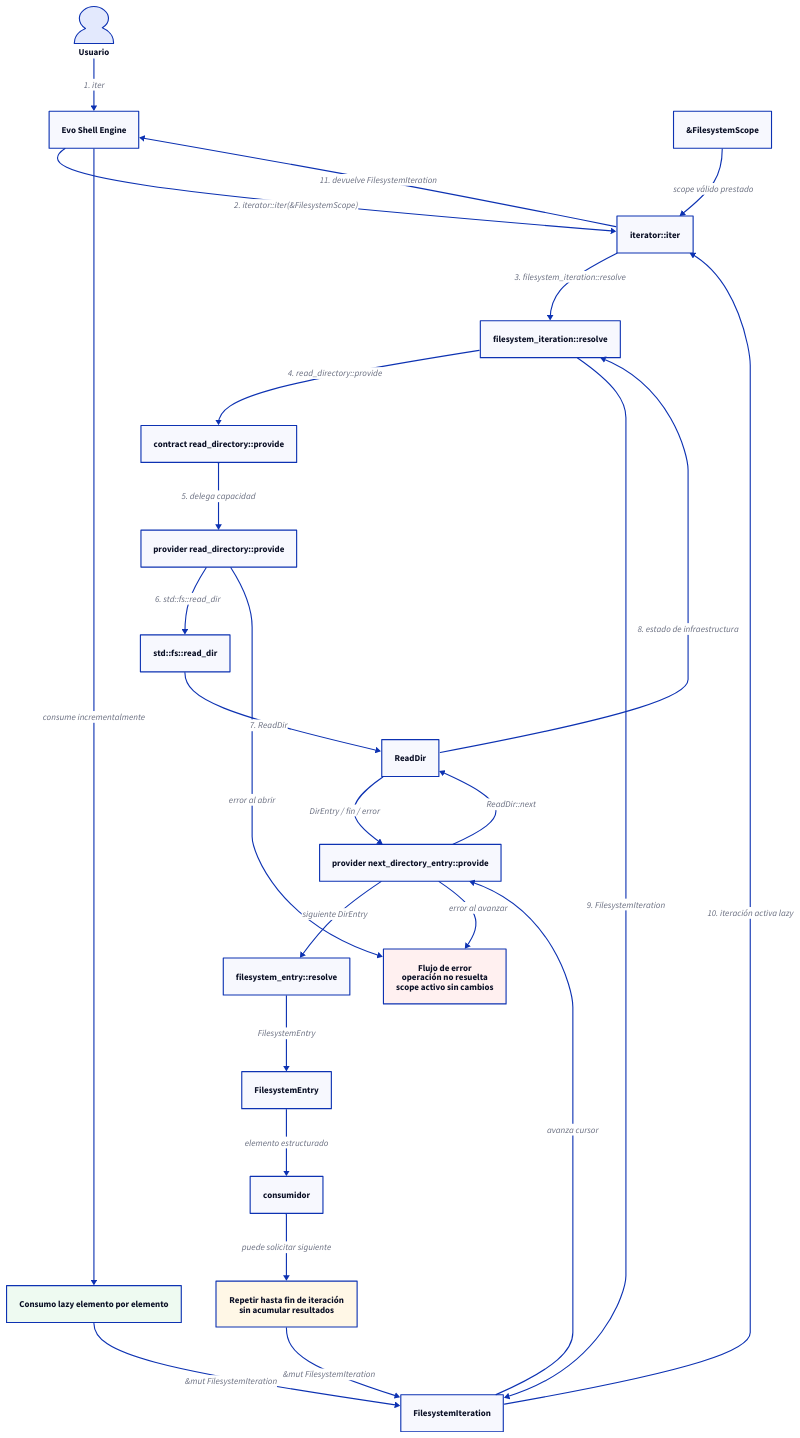
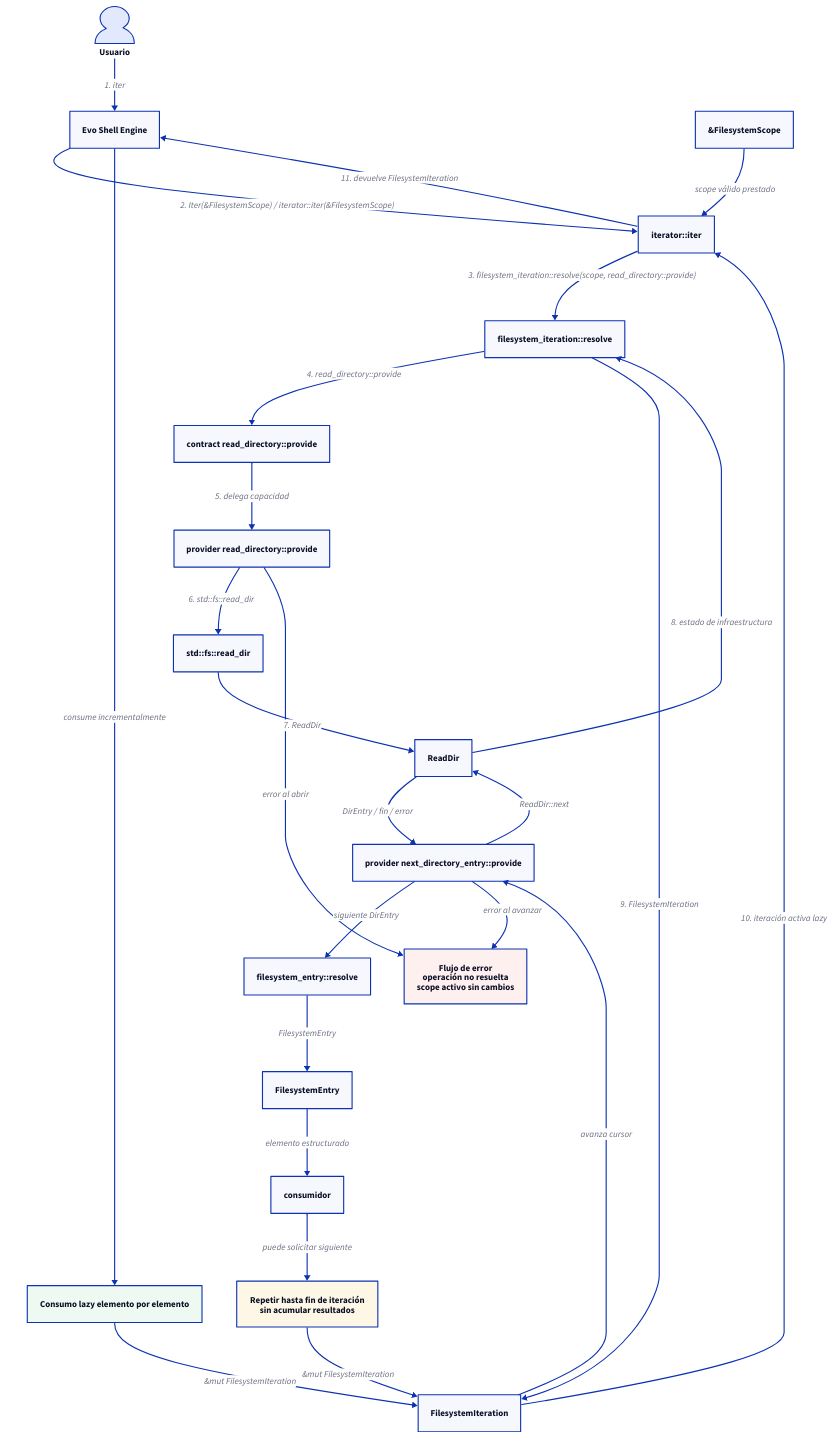
One commit to niqel/evolution changed the diagram in evo-shell-engine/technical_documentation/use_cases/UC-002-iterate-filesystem-scope/sequence.d2. Above: the diagram before and after it, drawn with D2. The commit also changed 11 other files, not shown here.

Commit message:
refactor: encapsulate shell engine dependencies

```diff
--- a/evo-shell-engine/technical_documentation/use_cases/UC-002-iterate-filesystem-scope/sequence.d2
+++ b/evo-shell-engine/technical_documentation/use_cases/UC-002-iterate-filesystem-scope/sequence.d2
@@ -1,100 +1,100 @@
 direction: down
 
 usuario: "Usuario" {
   shape: person
 }
 
 evo_shell_engine: "Evo Shell Engine" {
   shape: rectangle
 }
 
 agent: "iterator::iter" {
   shape: rectangle
 }
 
 scope: "&FilesystemScope" {
   shape: rectangle
 }
 
 iteration_resolver: "filesystem_iteration::resolve" {
   shape: rectangle
 }
 
 read_directory_contract: "contract read_directory::provide" {
   shape: rectangle
 }
 
 read_directory_provider: "provider read_directory::provide" {
   shape: rectangle
 }
 
 std_read_dir: "std::fs::read_dir" {
   shape: rectangle
 }
 
 read_dir: "ReadDir" {
   shape: rectangle
 }
 
 iteration: "FilesystemIteration" {
   shape: rectangle
 }
 
 next_provider: "provider next_directory_entry::provide" {
   shape: rectangle
 }
 
 entry_resolver: "filesystem_entry::resolve" {
   shape: rectangle
 }
 
 entry: "FilesystemEntry" {
   shape: rectangle
 }
 
 consumer: "consumidor" {
   shape: rectangle
 }
 
 usuario -> evo_shell_engine: "1. iter"
-evo_shell_engine -> agent: "2. iterator::iter(&FilesystemScope)"
+evo_shell_engine -> agent: "2. Iter(&FilesystemScope) / iterator::iter(&FilesystemScope)"
 scope -> agent: "scope válido prestado"
-agent -> iteration_resolver: "3. filesystem_iteration::resolve"
+agent -> iteration_resolver: "3. filesystem_iteration::resolve(scope, read_directory::provide)"
 iteration_resolver -> read_directory_contract: "4. read_directory::provide"
 read_directory_contract -> read_directory_provider: "5. delega capacidad"
 read_directory_provider -> std_read_dir: "6. std::fs::read_dir"
 std_read_dir -> read_dir: "7. ReadDir"
 read_dir -> iteration_resolver: "8. estado de infraestructura"
 iteration_resolver -> iteration: "9. FilesystemIteration"
 iteration -> agent: "10. iteración activa lazy"
 agent -> evo_shell_engine: "11. devuelve FilesystemIteration"
 
 lazy_flow: "Consumo lazy elemento por elemento" {
   shape: rectangle
   style.fill: "#eefaf1"
 }
 
 evo_shell_engine -> lazy_flow: "consume incrementalmente"
 lazy_flow -> iteration: "&mut FilesystemIteration"
 iteration -> next_provider: "avanza cursor"
 next_provider -> read_dir: "ReadDir::next"
 read_dir -> next_provider: "DirEntry / fin / error"
 next_provider -> entry_resolver: "siguiente DirEntry"
 entry_resolver -> entry: "FilesystemEntry"
 entry -> consumer: "elemento estructurado"
 
 repeat: "Repetir hasta fin de iteración\nsin acumular resultados" {
   shape: rectangle
   style.fill: "#fff7e6"
 }
 
 consumer -> repeat: "puede solicitar siguiente"
 repeat -> iteration: "&mut FilesystemIteration"
 
 error_flow: "Flujo de error\noperación no resuelta\nscope activo sin cambios" {
   shape: rectangle
   style.fill: "#fff0f0"
 }
 
 read_directory_provider -> error_flow: "error al abrir"
 next_provider -> error_flow: "error al avanzar"
```
